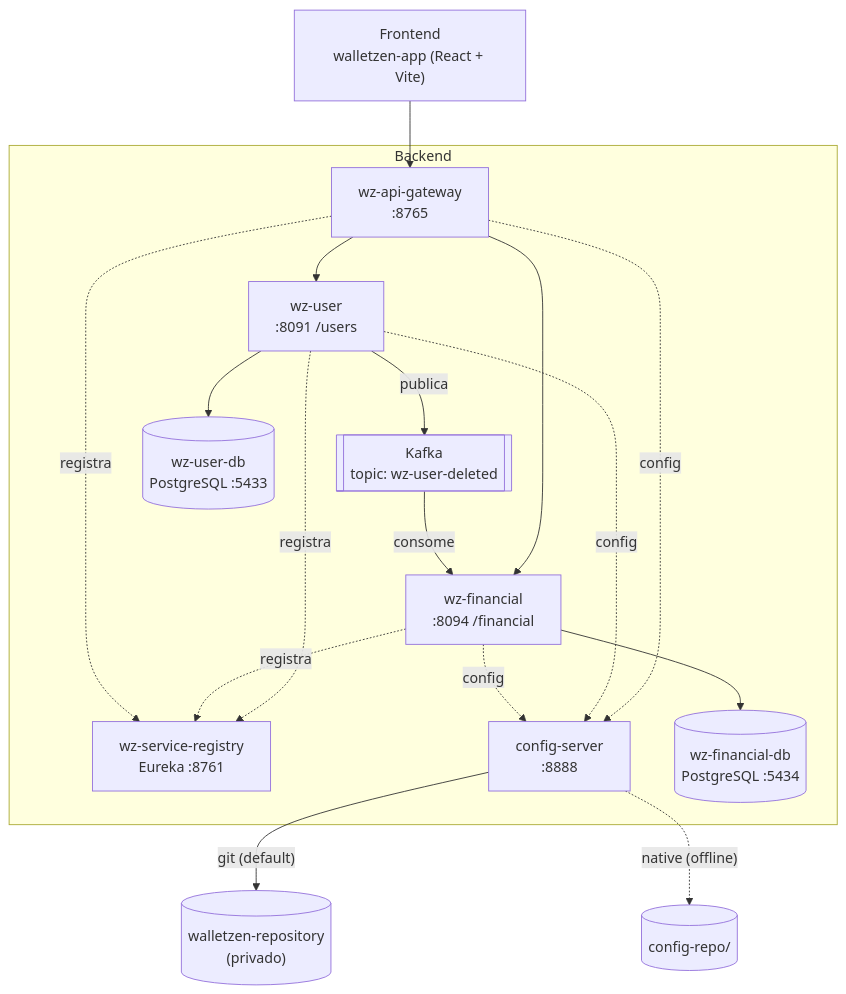
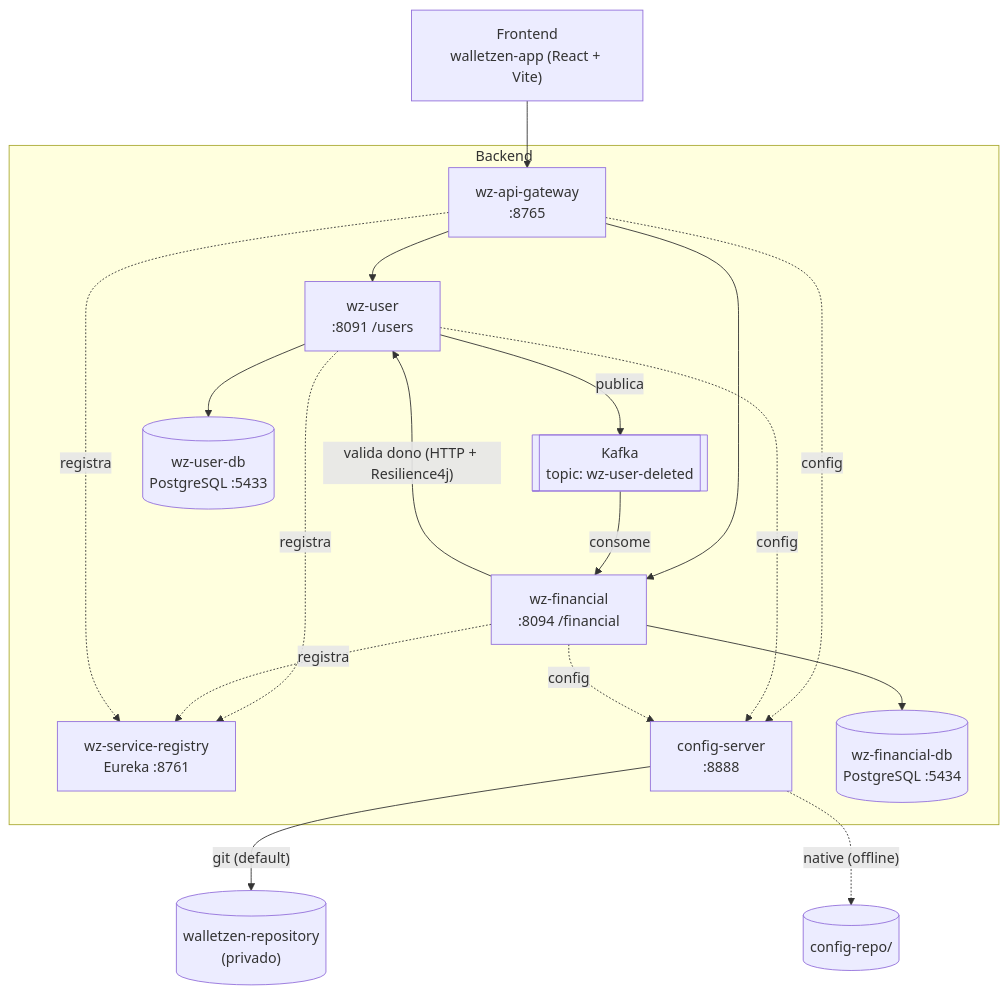
Before and after one commit to Ismadrade/walletzen: the diagram in README.md, drawn with Mermaid. The commit also changed other lines of this file and 14 other files, not shown here.

````diff
--- a/README.md
+++ b/README.md
@@ -37,31 +37,32 @@
 ```mermaid
 flowchart TD
     FE["Frontend<br/>walletzen-app (React + Vite)"] --> GW
 
     subgraph Backend
         GW["wz-api-gateway<br/>:8765"]
         REG["wz-service-registry<br/>Eureka :8761"]
         CFG["config-server<br/>:8888"]
         USER["wz-user<br/>:8091 /users"]
         FIN["wz-financial<br/>:8094 /financial"]
         K[["Kafka<br/>topic: wz-user-deleted"]]
         UDB[("wz-user-db<br/>PostgreSQL :5433")]
         FDB[("wz-financial-db<br/>PostgreSQL :5434")]
 
         GW --> USER
         GW --> FIN
         USER -. registra .-> REG
         FIN -. registra .-> REG
         GW -. registra .-> REG
         GW -. config .-> CFG
         USER -. config .-> CFG
         FIN -. config .-> CFG
         USER -- publica --> K
         K -- consome --> FIN
+        FIN -- "valida dono (HTTP + Resilience4j)" --> USER
         USER --> UDB
         FIN --> FDB
     end
 
     CFG -- "git (default)" --> REPO[("walletzen-repository<br/>(privado)")]
     CFG -. "native (offline)" .-> LOCAL[("config-repo/")]
 ```
````
